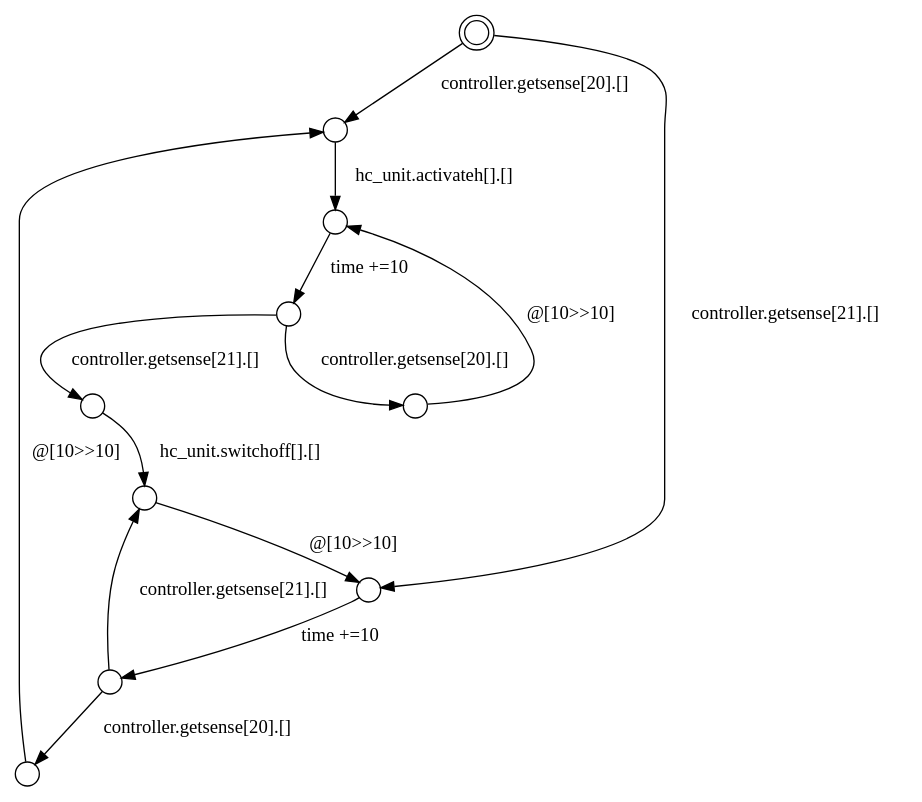
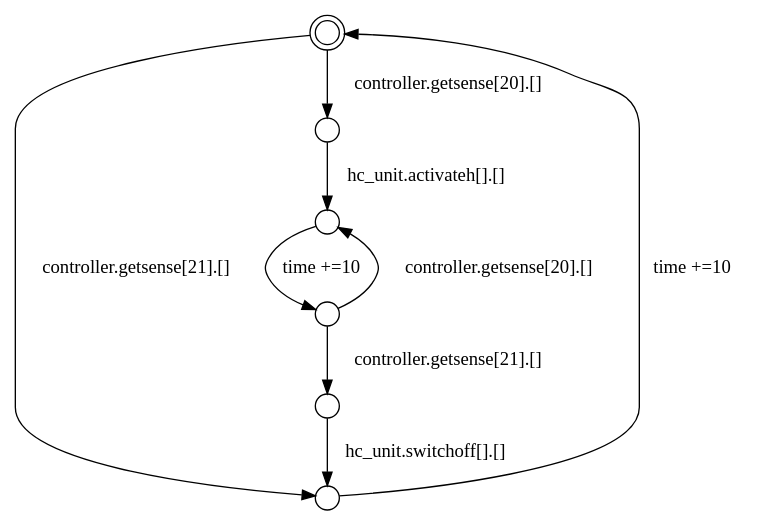
Before and after one commit to AliAtaollahi/Tinification: the diagram in TinyTwinGenerator/3-withacc.dot, drawn with Graphviz. The commit also changed 149 other files, not shown here.

```diff
--- a/TinyTwinGenerator/3-withacc.dot
+++ b/TinyTwinGenerator/3-withacc.dot
@@ -1,30 +1,21 @@
 digraph G {
 center = TRUE;
 mclimit = 10.0;
 nodesep = 0.05;
 node [ width=0.25, height=0.25, label="" ];
-S3 [ peripheries=2 ];
+S0 [ peripheries=2 ];
 S0
 S1
 S2
 S3
 S4
 S5
-S6
-S7
-S8
-S9
-S7 -> S2[label="controller.getsense[20].[]"];
-S7 -> S9[label="controller.getsense[21].[]"];
-S0 -> S4[label="controller.getsense[20].[]"];
-S0 -> S5[label="controller.getsense[21].[]"];
-S6 -> S1[label="hc_unit.activateh[].[]"];
-S5 -> S9[label="hc_unit.switchoff[].[]"];
-S9 -> S8[label="@[10>>10]"];
-S4 -> S1[label="@[10>>10]"];
-S3 -> S8[label="controller.getsense[21].[]"];
-S3 -> S6[label="controller.getsense[20].[]"];
-S2 -> S6[label="@[10>>10]"];
-S8 -> S7[label="time +=10"];
+S4 -> S5[label="controller.getsense[20].[]"];
+S4 -> S2[label="controller.getsense[21].[]"];
+S0 -> S3[label="controller.getsense[20].[]"];
+S0 -> S1[label="controller.getsense[21].[]"];
+S3 -> S5[label="hc_unit.activateh[].[]"];
+S2 -> S1[label="hc_unit.switchoff[].[]"];
+S5 -> S4[label="time +=10"];
 S1 -> S0[label="time +=10"];
 }
```
